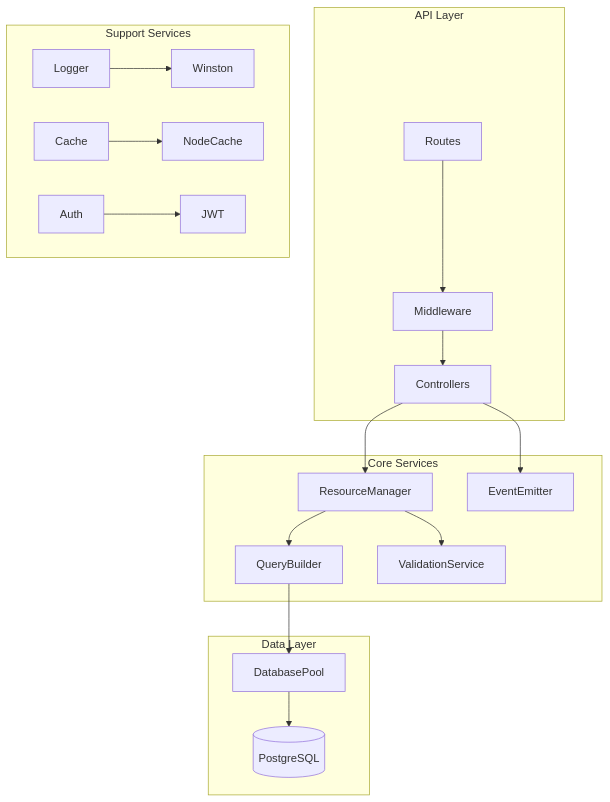
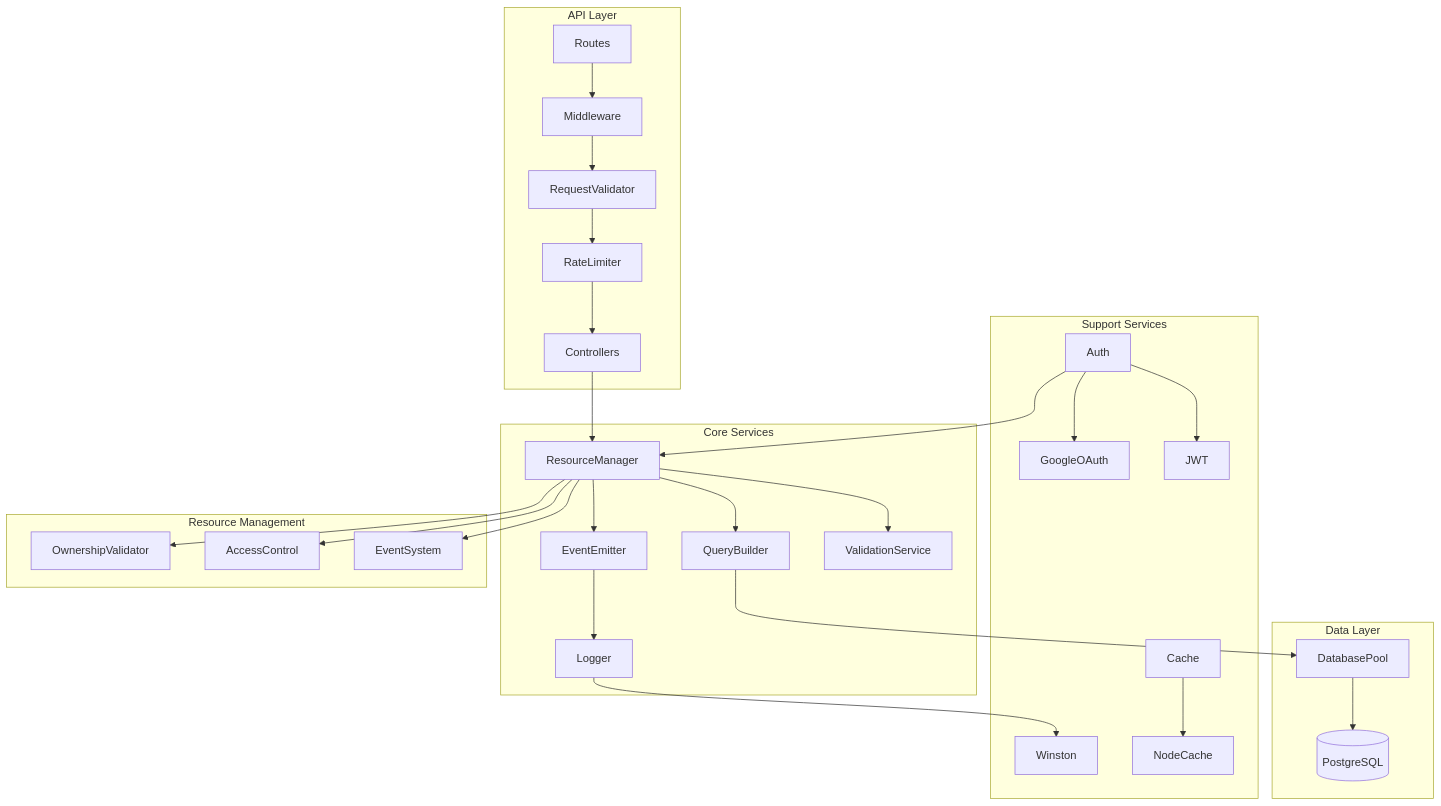
The fourth of 8 diagrams in ARCHITECTURE.md (Lesterpaintstheworld/adopt-an-ai), drawn with Mermaid before and after one commit. The commit also changed 2 other files, not shown here.

Commit message:
docs: Update documentation with API details, architecture, and installation instructions

````diff
--- a/ARCHITECTURE.md
+++ b/ARCHITECTURE.md
@@ -84,25 +84,36 @@
 ```mermaid
 graph TB
     subgraph API Layer
         Routes --> Middleware
-        Middleware --> Controllers
+        Middleware --> RequestValidator
+        RequestValidator --> RateLimiter
+        RateLimiter --> Controllers
     end
 
     subgraph Core Services
         Controllers --> ResourceManager
-        Controllers --> EventEmitter
         ResourceManager --> QueryBuilder
+        ResourceManager --> EventEmitter
         ResourceManager --> ValidationService
+        EventEmitter --> Logger
     end
 
     subgraph Data Layer
         QueryBuilder --> DatabasePool
         DatabasePool --> PostgreSQL[(PostgreSQL)]
     end
 
     subgraph Support Services
         Logger --> Winston
         Cache --> NodeCache
+        Auth --> GoogleOAuth
         Auth --> JWT
+        Auth --> ResourceManager
+    end
+
+    subgraph Resource Management
+        ResourceManager --> OwnershipValidator
+        ResourceManager --> AccessControl
+        ResourceManager --> EventSystem
     end
 ```
````
